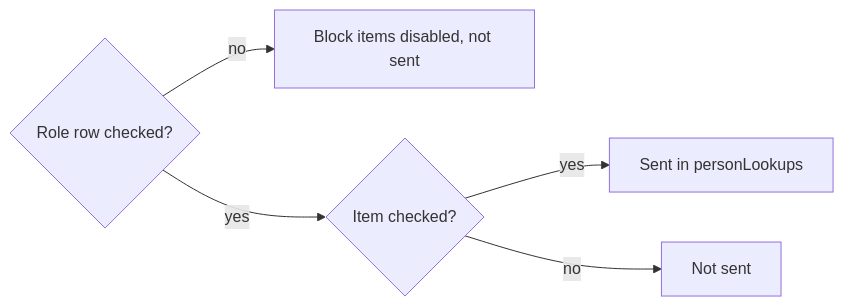
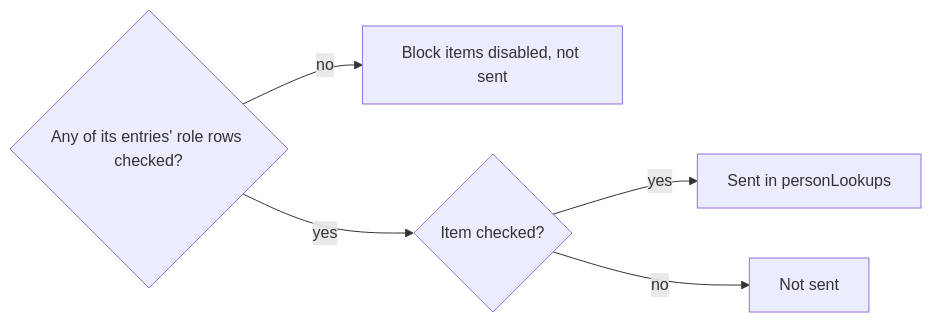
Before and after one commit to syudead/vv: the seventh of 8 diagrams in specs/062-mandb/ui-design.md, drawn with Mermaid. The commit also changed other lines of this file, not shown here.

First line of the commit message:
design(062-mandb): enable a shared lookup through any of its roles, select one profile field per row, close on a fetch's person_not_found

````diff
--- a/specs/062-mandb/ui-design.md
+++ b/specs/062-mandb/ui-design.md
@@ -459,7 +470,7 @@
 ```mermaid
 flowchart LR
-  row{Role row checked?} -->|no| off[Block items disabled, not sent]
+  row{Any of its entries' role rows checked?} -->|no| off[Block items disabled, not sent]
   row -->|yes| item{Item checked?}
   item -->|yes| sent[Sent in personLookups]
   item -->|no| skip[Not sent]
 ```
````
